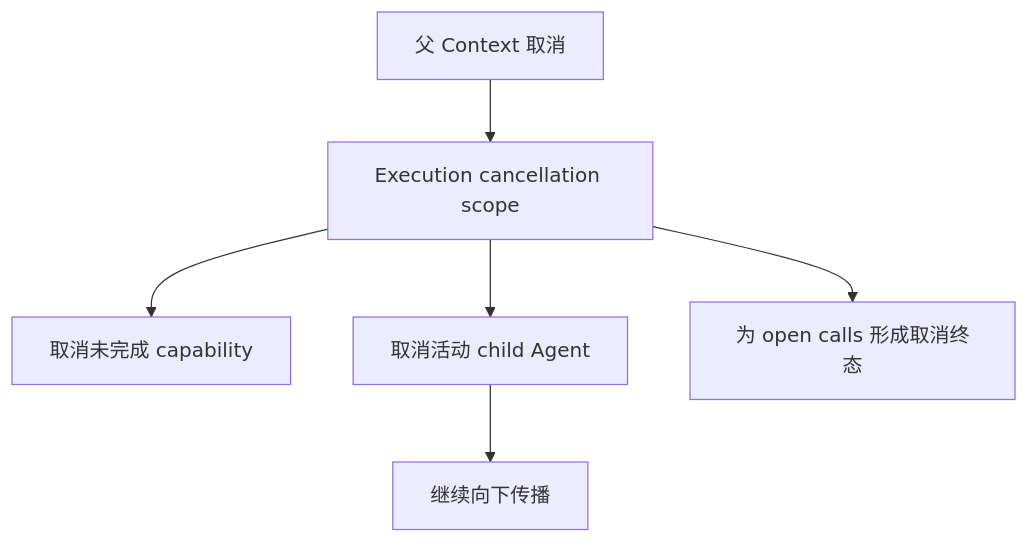
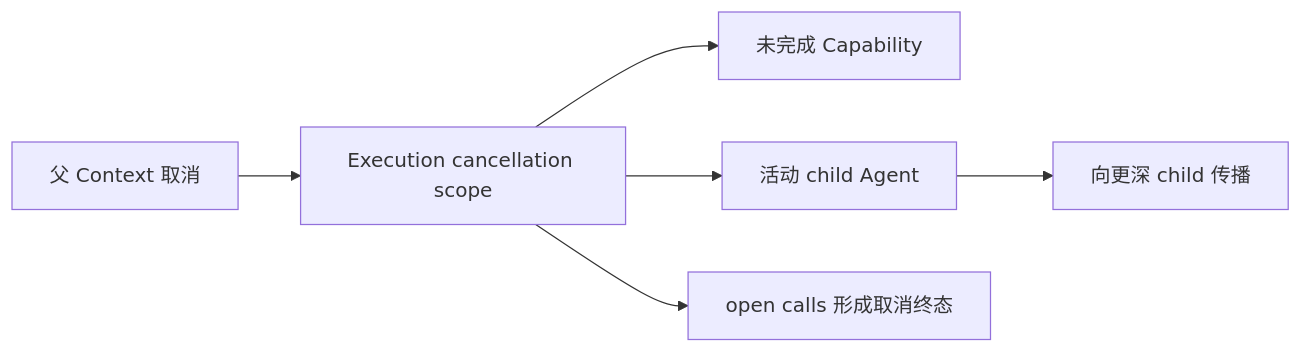
One commit to Arthur999459up/GitAgent changed the seventh of 7 diagrams in docs/03-agent-loop-and-call-protocol.md. Above: the diagram before and after it, drawn with Mermaid. The commit also changed other lines of this file and 15 other files, not shown here.

````diff
--- a/docs/03-agent-loop-and-call-protocol.md
+++ b/docs/03-agent-loop-and-call-protocol.md
@@ -268,8 +212,8 @@
 ```mermaid
-flowchart TD
+flowchart LR
     P[父 Context 取消] --> H[Execution cancellation scope]
-    H --> C1[取消未完成 capability]
-    H --> C2[取消活动 child Agent]
-    C2 --> C3[继续向下传播]
-    H --> R[为 open calls 形成取消终态]
+    H --> C[未完成 Capability]
+    H --> A[活动 child Agent]
+    A --> D[向更深 child 传播]
+    H --> R[open calls 形成取消终态]
 ```
````
